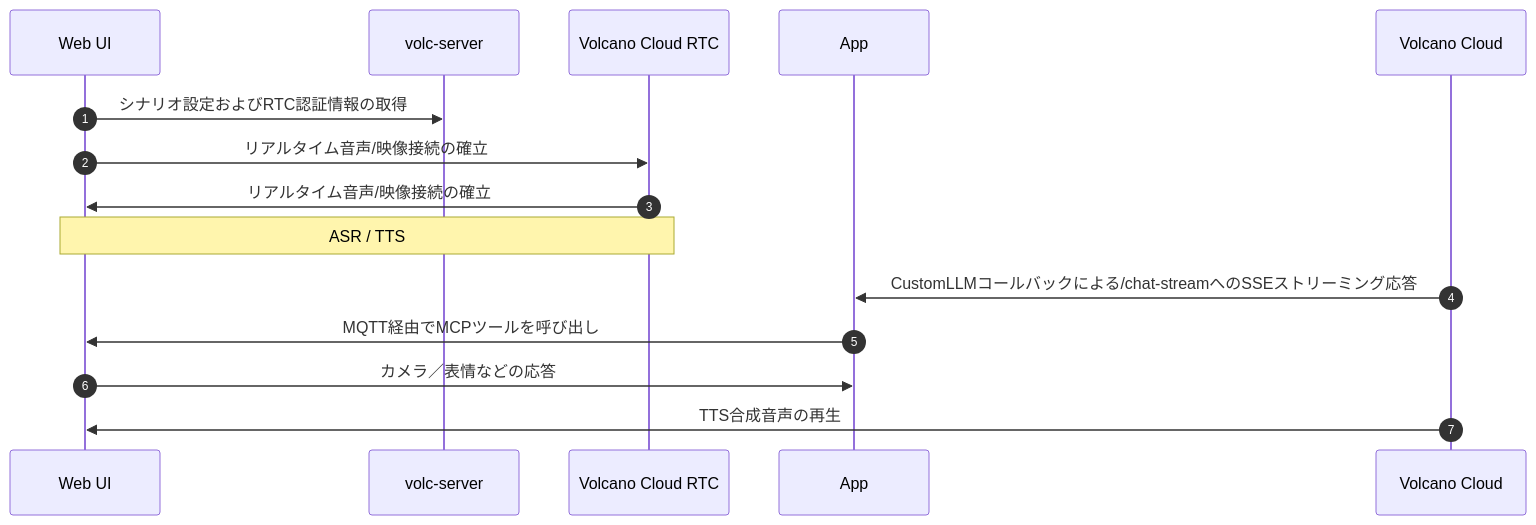
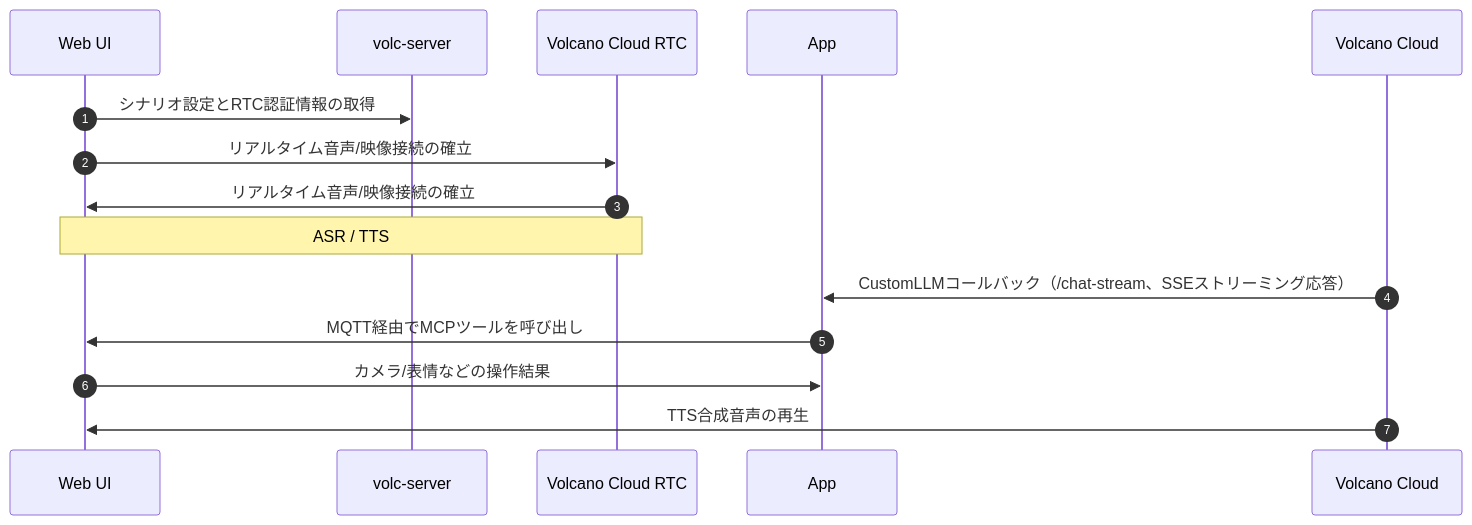
Before and after one commit to emqx/emqx-docs: the diagram in ja_JP/develop/emqx-ai/rtc-services/volcengine-rtc/quick-start.md, drawn with Mermaid. The commit also changed other lines of this file and 420 other files, not shown here.

````diff
--- a/ja_JP/develop/emqx-ai/rtc-services/volcengine-rtc/quick-start.md
+++ b/ja_JP/develop/emqx-ai/rtc-services/volcengine-rtc/quick-start.md
@@ -21,23 +21,22 @@
 ```mermaid
 sequenceDiagram
     autonumber
     participant WebUI as Web UI
     participant Volc as volc-server
     participant RTC as Volcano Cloud RTC
     participant App as App
     participant Cloud as Volcano Cloud
 
-    WebUI ->> Volc: シナリオ設定およびRTC認証情報の取得
+    WebUI ->> Volc: シナリオ設定とRTC認証情報の取得
 
     WebUI ->> RTC: リアルタイム音声/映像接続の確立
     RTC ->> WebUI: リアルタイム音声/映像接続の確立
     note over WebUI, RTC: ASR / TTS
 
-    Cloud ->> App: CustomLLMコールバックによる/chat-streamへのSSEストリーミング応答
+    Cloud ->> App: CustomLLMコールバック（/chat-stream、SSEストリーミング応答）
 
     App ->> WebUI: MQTT経由でMCPツールを呼び出し
-    WebUI ->> App: カメラ／表情などの応答
+    WebUI ->> App: カメラ/表情などの操作結果
 
     Cloud ->> WebUI: TTS合成音声の再生
-
 ```
````
